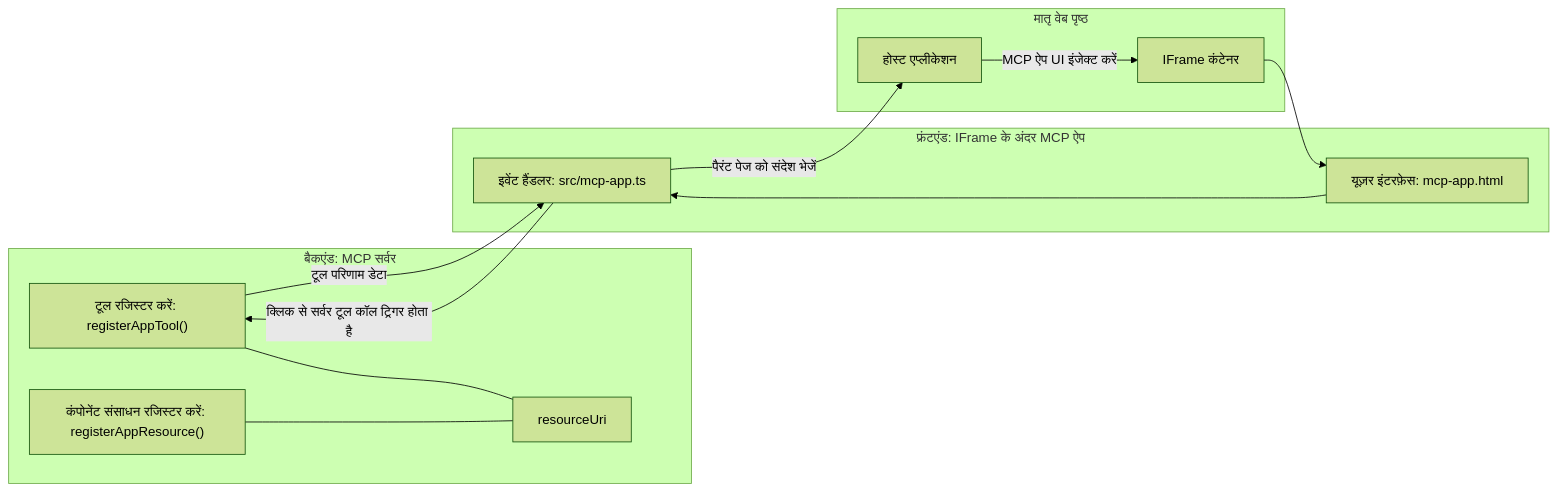
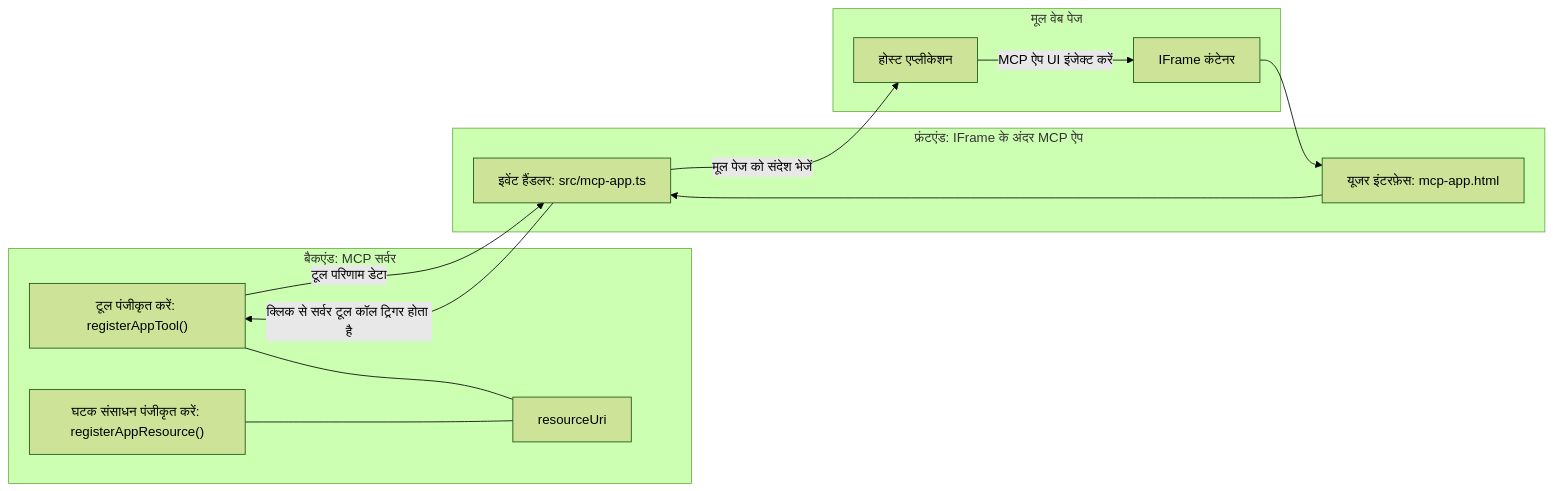
Before and after one commit to HIDORAKAI002/ai-workspace-archive: the diagram in mcp_ecosystem__model_context_protocol/mcp_learning_resources/mcp-for-beginners/translations/hi/03-GettingStarted/15-mcp-apps/README.md, drawn with Mermaid (forest theme). The commit also changed other lines of this file and 1160 other files, not shown here.

````diff
--- a/mcp_ecosystem__model_context_protocol/mcp_learning_resources/mcp-for-beginners/translations/hi/03-GettingStarted/15-mcp-apps/README.md
+++ b/mcp_ecosystem__model_context_protocol/mcp_learning_resources/mcp-for-beginners/translations/hi/03-GettingStarted/15-mcp-apps/README.md
@@ -32,27 +32,27 @@
 ```mermaid
 flowchart LR
   subgraph Backend[बैकएंड: MCP सर्वर]
-    T["टूल रजिस्टर करें: registerAppTool()"]
-    C["कंपोनेंट संसाधन रजिस्टर करें: registerAppResource()"]
+    T["टूल पंजीकृत करें: registerAppTool()"]
+    C["घटक संसाधन पंजीकृत करें: registerAppResource()"]
     U[resourceUri]
     T --- U
     C --- U
   end
 
-  subgraph Parent[मातृ वेब पृष्ठ]
+  subgraph Parent[मूल वेब पेज]
     H[होस्ट एप्लीकेशन]
     IFRAME[IFrame कंटेनर]
     H -->|MCP ऐप UI इंजेक्ट करें| IFRAME
   end
 
   subgraph Frontend[फ्रंटएंड: IFrame के अंदर MCP ऐप]
-    UI["यूज़र इंटरफ़ेस: mcp-app.html"]
+    UI["यूजर इंटरफ़ेस: mcp-app.html"]
     EH["इवेंट हैंडलर: src/mcp-app.ts"]
     UI --> EH
   end
 
   IFRAME --> UI
   EH -->|क्लिक से सर्वर टूल कॉल ट्रिगर होता है| T
   T -->|टूल परिणाम डेटा| EH
-  EH -->|पैरंट पेज को संदेश भेजें| H
+  EH -->|मूल पेज को संदेश भेजें| H
 ```
````
